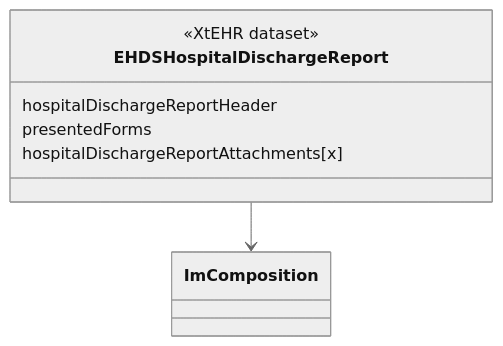
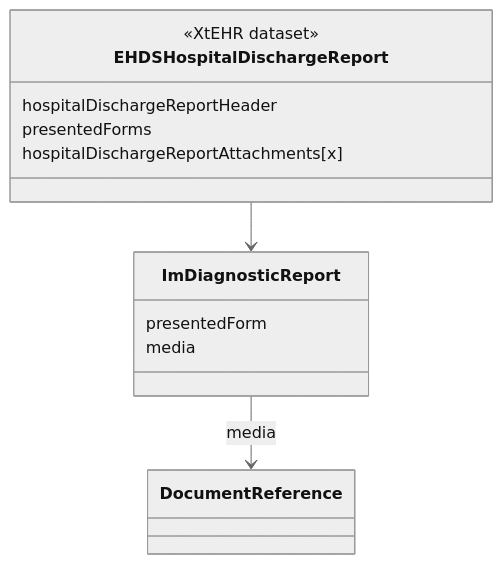
Before and after one commit to oijauregui/ehdsimaging: the diagram in input/intro-notes/ConceptMap-EHDSHospitalDischargeReportMap-intro.md, drawn with Mermaid (neutral theme). The commit also changed 22 other files, not shown here.

````diff
--- a/input/intro-notes/ConceptMap-EHDSHospitalDischargeReportMap-intro.md
+++ b/input/intro-notes/ConceptMap-EHDSHospitalDischargeReportMap-intro.md
@@ -5,11 +5,16 @@
 ```mermaid
 classDiagram
 class EHDSHospitalDischargeReport {
   <<XtEHR dataset>>
   hospitalDischargeReportHeader
   presentedForms
   hospitalDischargeReportAttachments[x]
 }
-class ImComposition
-EHDSHospitalDischargeReport --> ImComposition
+class ImDiagnosticReport{
+  presentedForm
+  media
+}
+
+EHDSHospitalDischargeReport --> ImDiagnosticReport
+ImDiagnosticReport --> DocumentReference : media
 ```
````
